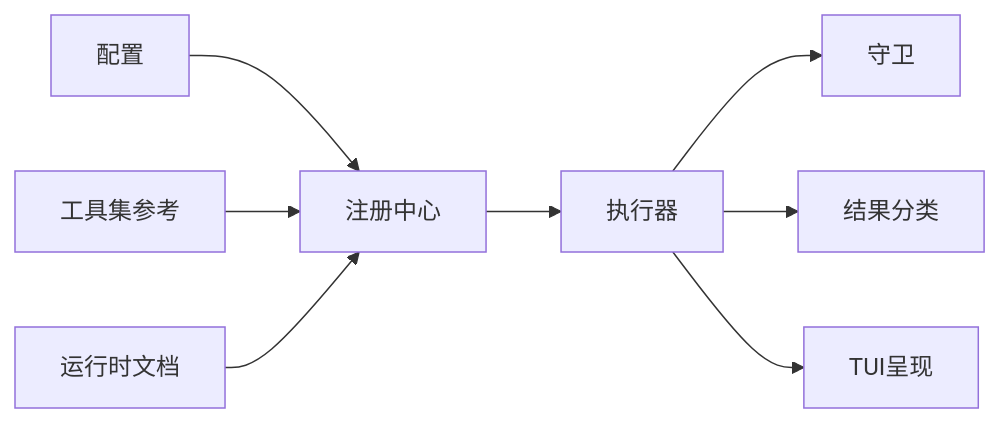
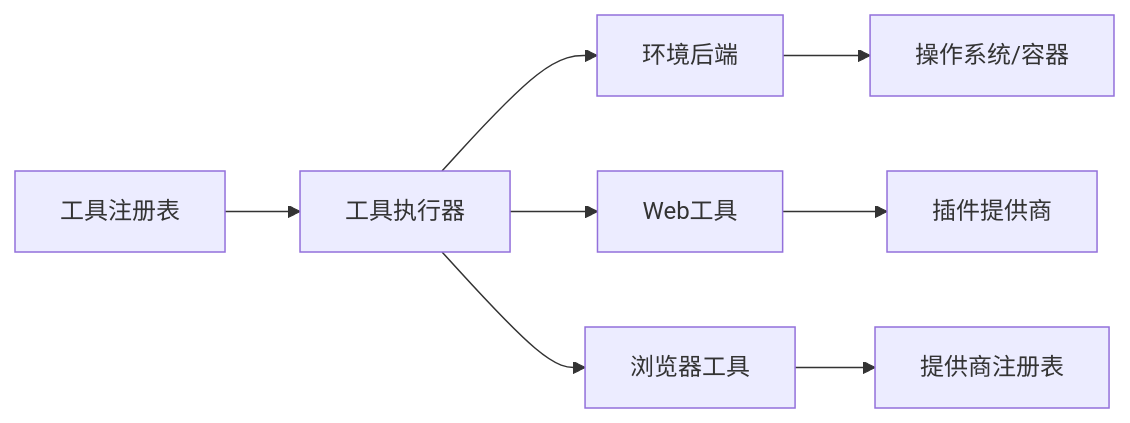
The ninth of 9 diagrams in .qoder/repowiki/zh/content/工具系统/工具系统.md (haolange/hermes-agent), drawn with Mermaid before and after one commit. The commit also changed other lines of this file and 1206 other files, not shown here.

````diff
--- a/.qoder/repowiki/zh/content/工具系统/工具系统.md
+++ b/.qoder/repowiki/zh/content/工具系统/工具系统.md
@@ -363,10 +319,10 @@
 ```mermaid
 graph LR
-REG["注册中心"] --> EXEC["执行器"]
-EXEC --> GUARD["守卫"]
-EXEC --> CLASS["结果分类"]
-EXEC --> UI["TUI呈现"]
-CFG["配置"] --> REG
-DOC["工具集参考"] --> REG
-RT["运行时文档"] --> REG
+REG["工具注册表"] --> EXEC["工具执行器"]
+EXEC --> ENV["环境后端"]
+EXEC --> WEB["Web工具"]
+EXEC --> BR["浏览器工具"]
+WEB --> PLUG["插件提供商"]
+BR --> PROV["提供商注册表"]
+ENV --> OS["操作系统/容器"]
 ```
````
